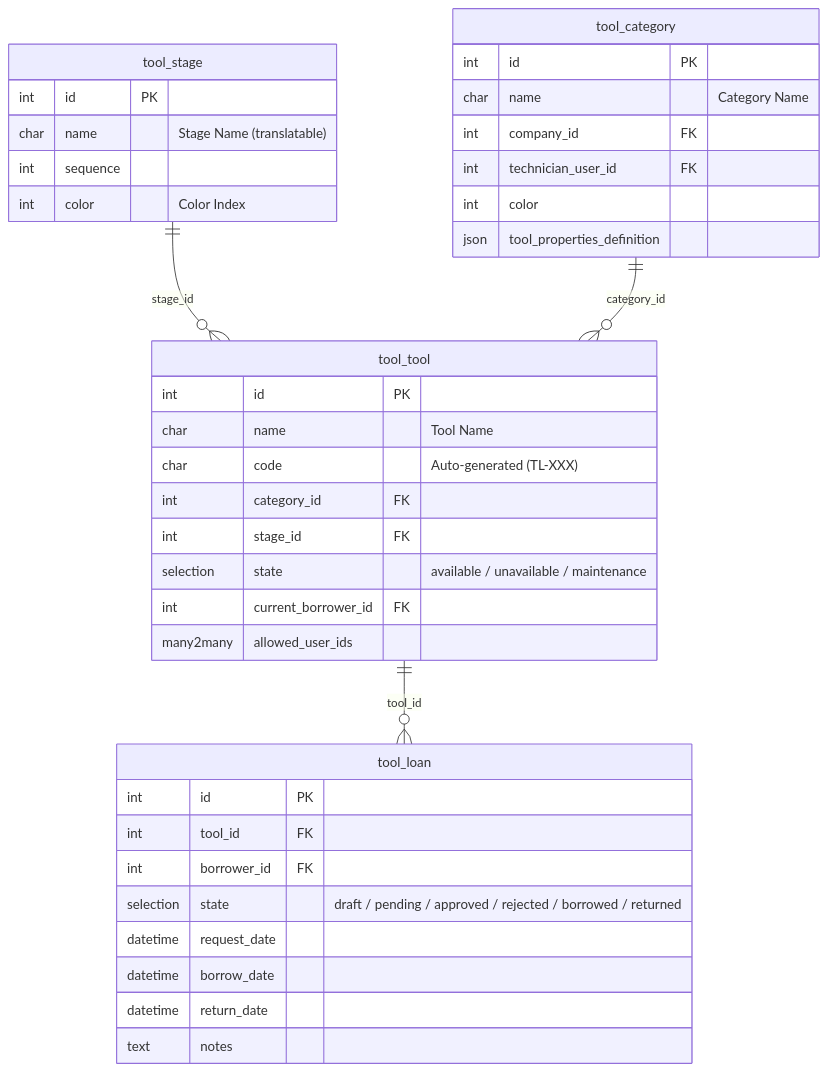
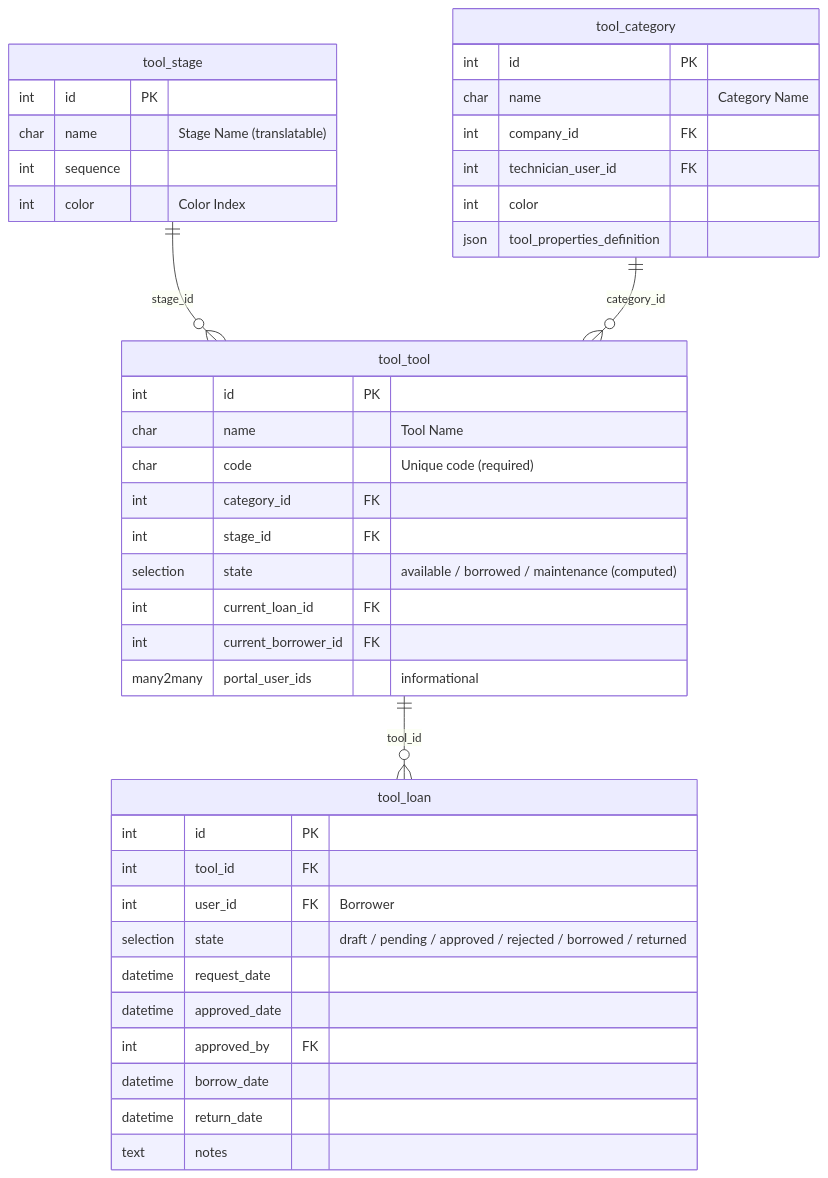
One commit to WOOWTECH/Odoo_tool-device_borrow changed the first of 3 diagrams in README.md. Above: the diagram before and after it, drawn with Mermaid. The commit also changed other lines of this file and 20 other files, not shown here.

````diff
--- a/README.md
+++ b/README.md
@@ -107,44 +107,47 @@
 ```mermaid
 erDiagram
     tool_stage {
         int id PK
         char name "Stage Name (translatable)"
         int sequence
         int color "Color Index"
     }
 
     tool_category {
         int id PK
         char name "Category Name"
         int company_id FK
         int technician_user_id FK
         int color
         json tool_properties_definition
     }
 
     tool_tool {
         int id PK
         char name "Tool Name"
-        char code "Auto-generated (TL-XXX)"
+        char code "Unique code (required)"
         int category_id FK
         int stage_id FK
-        selection state "available / unavailable / maintenance"
+        selection state "available / borrowed / maintenance (computed)"
+        int current_loan_id FK
         int current_borrower_id FK
-        many2many allowed_user_ids
+        many2many portal_user_ids "informational"
     }
 
     tool_loan {
         int id PK
         int tool_id FK
-        int borrower_id FK
+        int user_id FK "Borrower"
         selection state "draft / pending / approved / rejected / borrowed / returned"
         datetime request_date
+        datetime approved_date
+        int approved_by FK
         datetime borrow_date
         datetime return_date
         text notes
     }
 
     tool_stage ||--o{ tool_tool : "stage_id"
     tool_category ||--o{ tool_tool : "category_id"
     tool_tool ||--o{ tool_loan : "tool_id"
 ```
````
